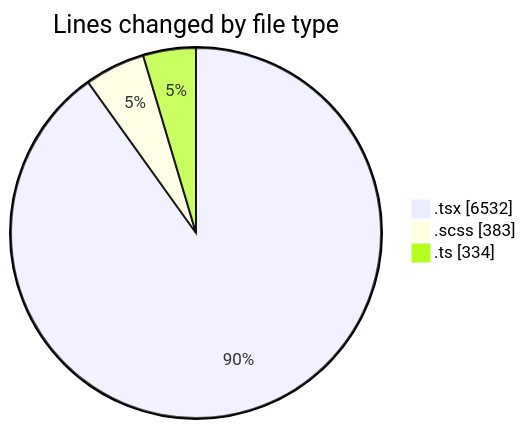
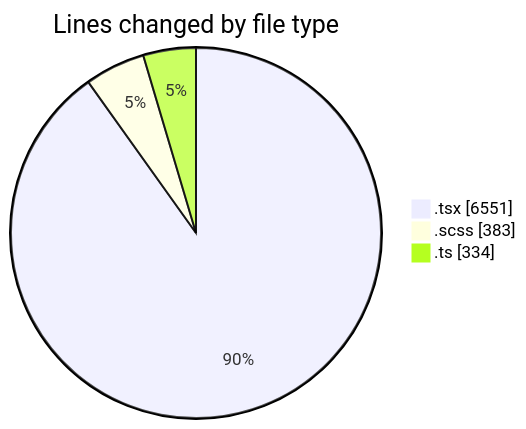
The first of 2 diagrams in 2025-07-03/cda/README.md (momahboobian/code-tracking), drawn with Mermaid before and after one commit. The commit also changed other lines of this file and 1 other file, not shown here.

````diff
--- a/2025-07-03/cda/README.md
+++ b/2025-07-03/cda/README.md
@@ -41,7 +41,7 @@
 ```mermaid
 pie showData
 title Lines changed by file type
-".tsx" : 6532
+".tsx" : 6551
 ".scss" : 383
 ".ts" : 334
 ```
````
